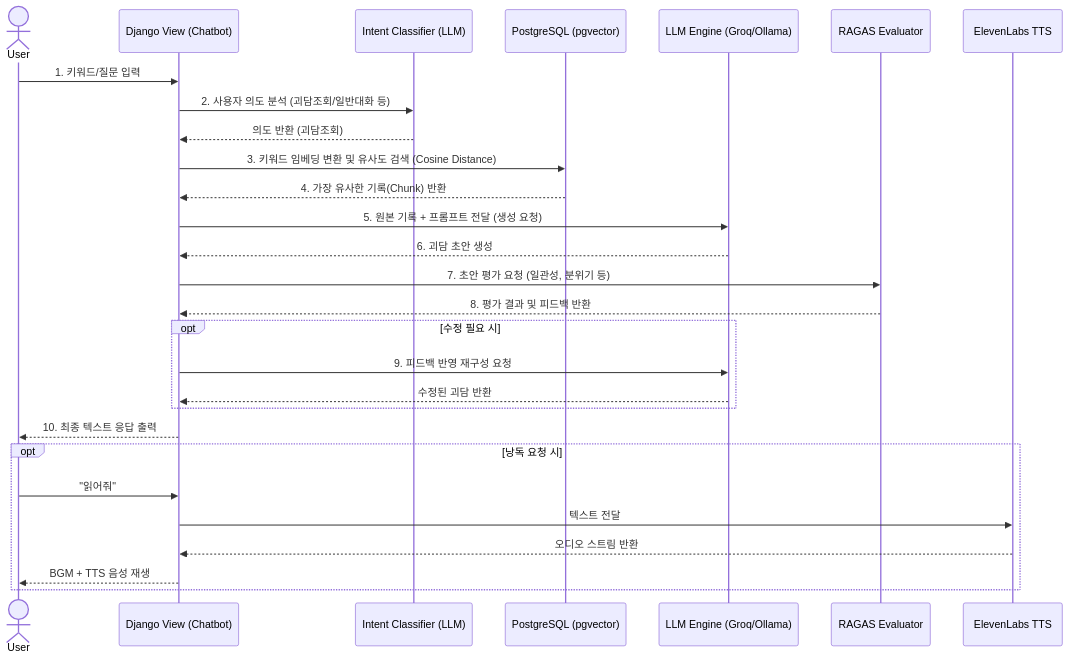
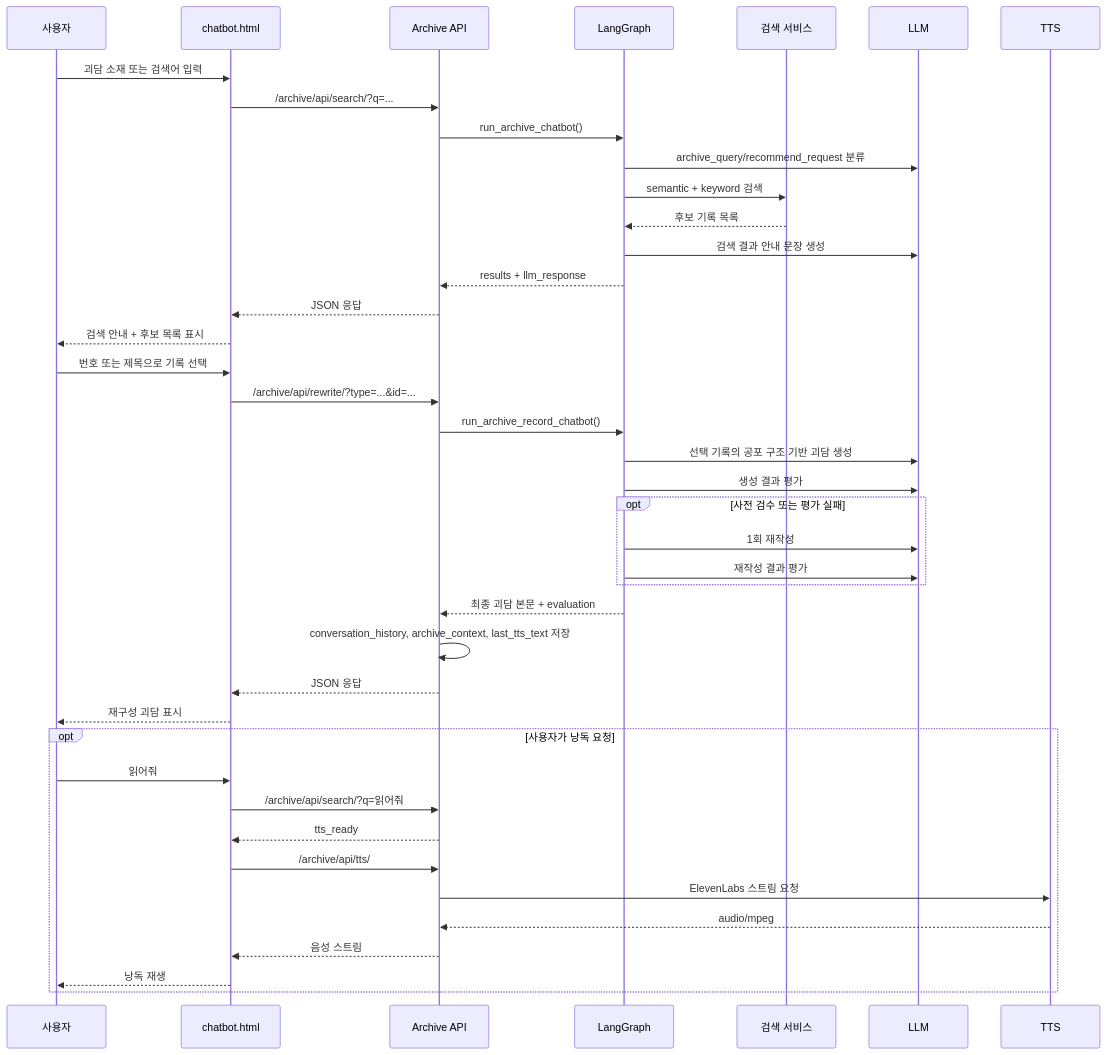
Before and after one commit to SKNETWORKS-FAMILY-AICAMP/SKN27-4th-1team: the third of 9 diagrams in README.md, drawn with Mermaid. The commit also changed other lines of this file, not shown here.

````diff
--- a/README.md
+++ b/README.md
@@ -247,37 +247,46 @@
 ```mermaid
 sequenceDiagram
-    actor User
-    participant View as Django View (Chatbot)
-    participant Classifier as Intent Classifier (LLM)
-    participant VectorDB as PostgreSQL (pgvector)
-    participant LLM as LLM Engine (Groq/Ollama)
-    participant Eval as RAGAS Evaluator
-    participant TTS as ElevenLabs TTS
+    participant User as 사용자
+    participant UI as chatbot.html
+    participant API as Archive API
+    participant Graph as LangGraph
+    participant Search as 검색 서비스
+    participant LLM as LLM
+    participant TTS as TTS
 
-    User->>View: 1. 키워드/질문 입력
-    View->>Classifier: 2. 사용자 의도 분석 (괴담조회/일반대화 등)
-    Classifier-->>View: 의도 반환 (괴담조회)
-    
-    View->>VectorDB: 3. 키워드 임베딩 변환 및 유사도 검색 (Cosine Distance)
-    VectorDB-->>View: 4. 가장 유사한 기록(Chunk) 반환
-    
-    View->>LLM: 5. 원본 기록 + 프롬프트 전달 (생성 요청)
-    LLM-->>View: 6. 괴담 초안 생성
-    
-    View->>Eval: 7. 초안 평가 요청 (일관성, 분위기 등)
-    Eval-->>View: 8. 평가 결과 및 피드백 반환
-    
-    opt 수정 필요 시
-        View->>LLM: 9. 피드백 반영 재구성 요청
-        LLM-->>View: 수정된 괴담 반환
+    User->>UI: 괴담 소재 또는 검색어 입력
+    UI->>API: /archive/api/search/?q=...
+    API->>Graph: run_archive_chatbot()
+    Graph->>LLM: archive_query/recommend_request 분류
+    Graph->>Search: semantic + keyword 검색
+    Search-->>Graph: 후보 기록 목록
+    Graph->>LLM: 검색 결과 안내 문장 생성
+    Graph-->>API: results + llm_response
+    API-->>UI: JSON 응답
+    UI-->>User: 검색 안내 + 후보 목록 표시
+
+    User->>UI: 번호 또는 제목으로 기록 선택
+    UI->>API: /archive/api/rewrite/?type=...&id=...
+    API->>Graph: run_archive_record_chatbot()
+    Graph->>LLM: 선택 기록의 공포 구조 기반 괴담 생성
+    Graph->>LLM: 생성 결과 평가
+    opt 사전 검수 또는 평가 실패
+        Graph->>LLM: 1회 재작성
+        Graph->>LLM: 재작성 결과 평가
     end
-    
-    View-->>User: 10. 최종 텍스트 응답 출력
-    
-    opt 낭독 요청 시
-        User->>View: "읽어줘"
-        View->>TTS: 텍스트 전달
-        TTS-->>View: 오디오 스트림 반환
-        View-->>User: BGM + TTS 음성 재생
+    Graph-->>API: 최종 괴담 본문 + evaluation
+    API->>API: conversation_history, archive_context, last_tts_text 저장
+    API-->>UI: JSON 응답
+    UI-->>User: 재구성 괴담 표시
+
+    opt 사용자가 낭독 요청
+        User->>UI: 읽어줘
+        UI->>API: /archive/api/search/?q=읽어줘
+        API-->>UI: tts_ready
+        UI->>API: /archive/api/tts/
+        API->>TTS: ElevenLabs 스트림 요청
+        TTS-->>API: audio/mpeg
+        API-->>UI: 음성 스트림
+        UI-->>User: 낭독 재생
     end
 ```
````
